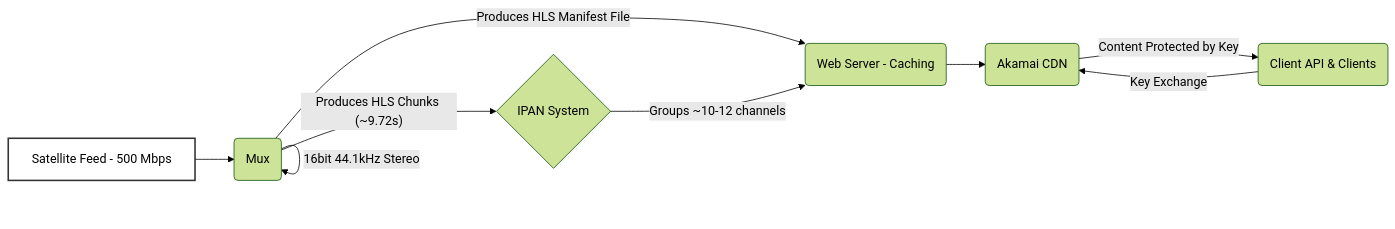
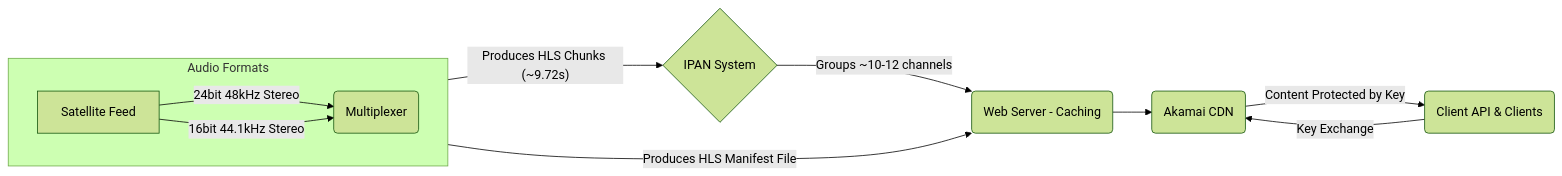
Before and after one commit to cdeacosta/cdeacosta: the second of 2 diagrams in README.md, drawn with Mermaid (forest theme).

````diff
--- a/README.md
+++ b/README.md
@@ -58,13 +58,15 @@
 ```mermaid
 graph LR
-    style A fill:#fff,stroke:#333,stroke-width:2px
-    A[Satellite Feed - 500 Mbps] --> X;
-    X -- "24bit 48kHz Stereo" --> X(Mux);
-    X -- "16bit 44.1kHz Stereo" --> X(Mux);
-    X -- "Produces HLS Chunks (~9.72s)" --> C{IPAN System};
-    X -- "Produces HLS Manifest File" --> D(Web Server - Caching);
+    A[Satellite Feed]
+    subgraph Audio Formats
+        direction LR
+        A -- "24bit 48kHz Stereo" --> B(Multiplexer)
+        A -- "16bit 44.1kHz Stereo" --> B
+    end
+    B -- "Produces HLS Chunks (~9.72s)" --> C{IPAN System};
+    B -- "Produces HLS Manifest File" --> D(Web Server - Caching);
     C -- "Groups ~10-12 channels" --> D;
     D --> E(Akamai CDN);
     E -- "Content Protected by Key" --> F(Client API & Clients);
     F -- "Key Exchange" --> E;
 ```
````
